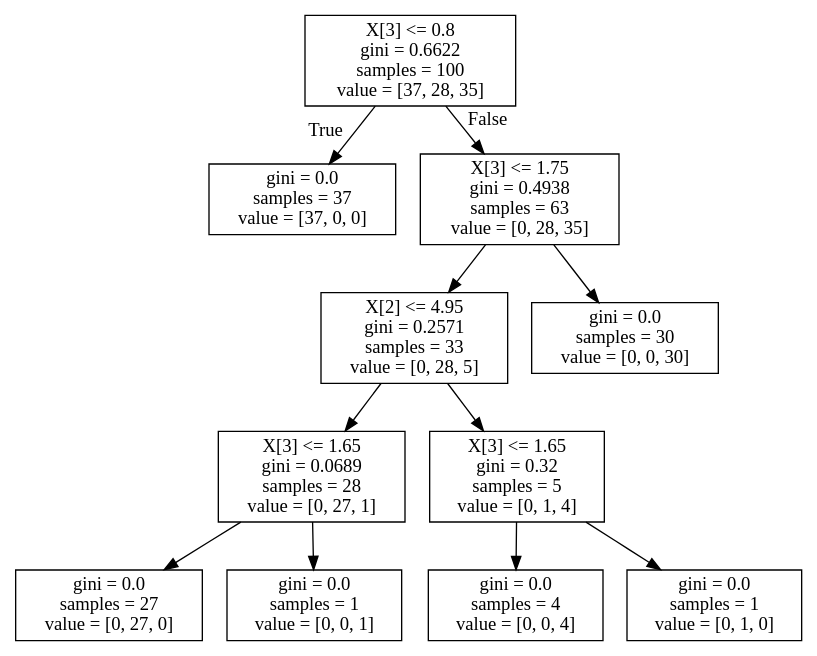
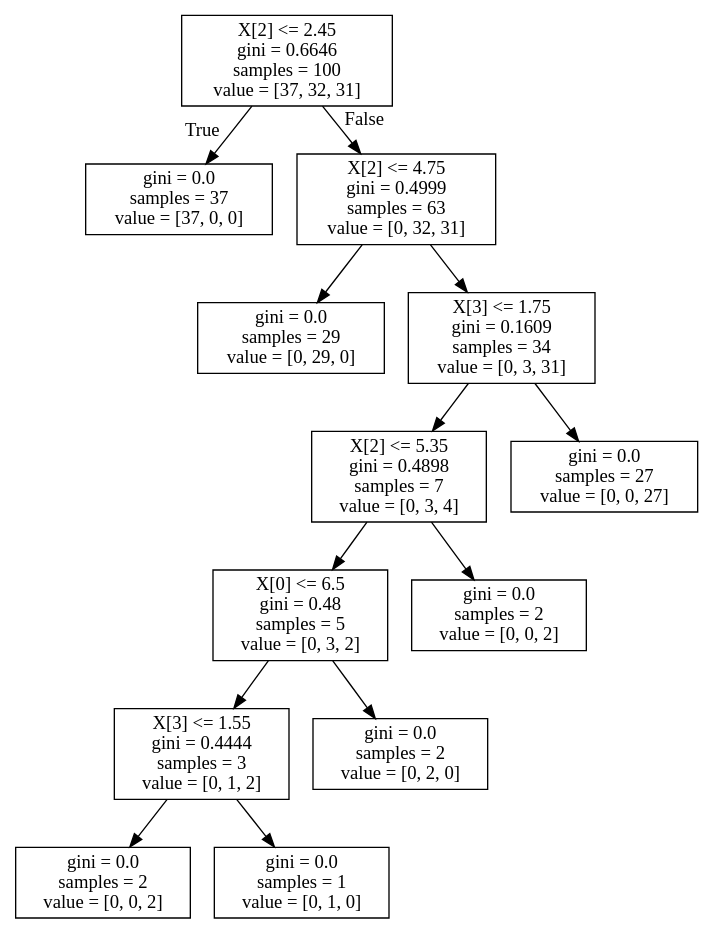
The diagram in 09 - predictive modeling/iris.dot (hannesrothe/bi_2017), drawn with Graphviz before and after one commit. The commit also changed 6 other files, not shown here.

```diff
--- a/09 - predictive modeling/iris.dot
+++ b/09 - predictive modeling/iris.dot
@@ -1,24 +1,28 @@
 digraph Tree {
 node [shape=box] ;
-0 [label="X[3] <= 0.8\ngini = 0.6622\nsamples = 100\nvalue = [37, 28, 35]"] ;
+0 [label="X[2] <= 2.45\ngini = 0.6646\nsamples = 100\nvalue = [37, 32, 31]"] ;
 1 [label="gini = 0.0\nsamples = 37\nvalue = [37, 0, 0]"] ;
 0 -> 1 [labeldistance=2.5, labelangle=45, headlabel="True"] ;
-2 [label="X[3] <= 1.75\ngini = 0.4938\nsamples = 63\nvalue = [0, 28, 35]"] ;
+2 [label="X[2] <= 4.75\ngini = 0.4999\nsamples = 63\nvalue = [0, 32, 31]"] ;
 0 -> 2 [labeldistance=2.5, labelangle=-45, headlabel="False"] ;
-3 [label="X[2] <= 4.95\ngini = 0.2571\nsamples = 33\nvalue = [0, 28, 5]"] ;
+3 [label="gini = 0.0\nsamples = 29\nvalue = [0, 29, 0]"] ;
 2 -> 3 ;
-4 [label="X[3] <= 1.65\ngini = 0.0689\nsamples = 28\nvalue = [0, 27, 1]"] ;
-3 -> 4 ;
-5 [label="gini = 0.0\nsamples = 27\nvalue = [0, 27, 0]"] ;
+4 [label="X[3] <= 1.75\ngini = 0.1609\nsamples = 34\nvalue = [0, 3, 31]"] ;
+2 -> 4 ;
+5 [label="X[2] <= 5.35\ngini = 0.4898\nsamples = 7\nvalue = [0, 3, 4]"] ;
 4 -> 5 ;
-6 [label="gini = 0.0\nsamples = 1\nvalue = [0, 0, 1]"] ;
-4 -> 6 ;
-7 [label="X[3] <= 1.65\ngini = 0.32\nsamples = 5\nvalue = [0, 1, 4]"] ;
-3 -> 7 ;
-8 [label="gini = 0.0\nsamples = 4\nvalue = [0, 0, 4]"] ;
+6 [label="X[0] <= 6.5\ngini = 0.48\nsamples = 5\nvalue = [0, 3, 2]"] ;
+5 -> 6 ;
+7 [label="X[3] <= 1.55\ngini = 0.4444\nsamples = 3\nvalue = [0, 1, 2]"] ;
+6 -> 7 ;
+8 [label="gini = 0.0\nsamples = 2\nvalue = [0, 0, 2]"] ;
 7 -> 8 ;
 9 [label="gini = 0.0\nsamples = 1\nvalue = [0, 1, 0]"] ;
 7 -> 9 ;
-10 [label="gini = 0.0\nsamples = 30\nvalue = [0, 0, 30]"] ;
-2 -> 10 ;
+10 [label="gini = 0.0\nsamples = 2\nvalue = [0, 2, 0]"] ;
+6 -> 10 ;
+11 [label="gini = 0.0\nsamples = 2\nvalue = [0, 0, 2]"] ;
+5 -> 11 ;
+12 [label="gini = 0.0\nsamples = 27\nvalue = [0, 0, 27]"] ;
+4 -> 12 ;
 }
```
